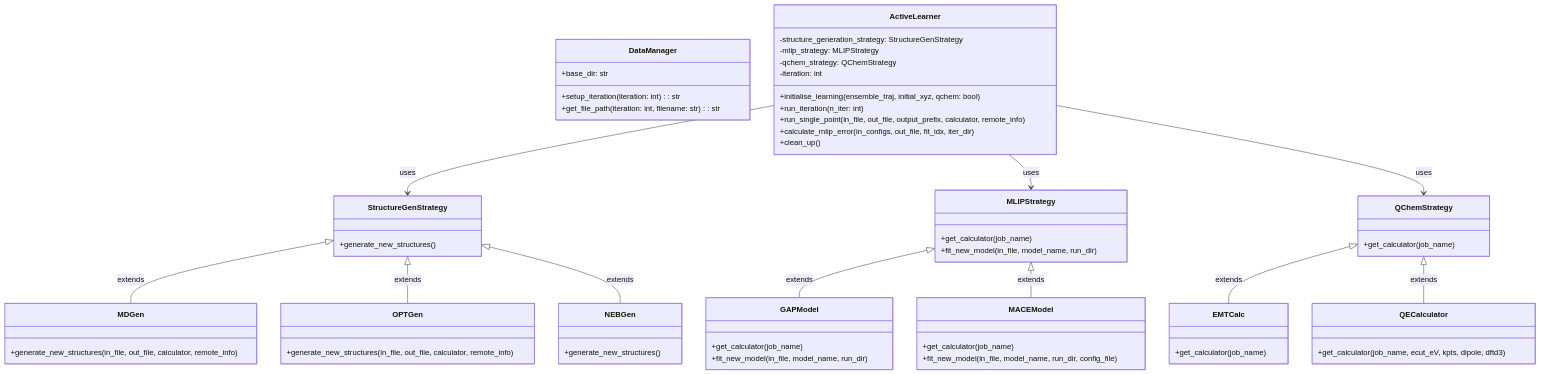
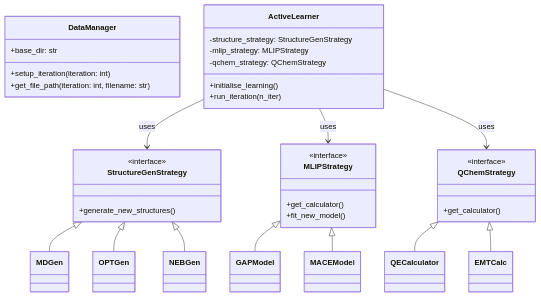
One commit to Vespertili0/mlipflow changed the diagram in README.md. Above: the diagram before and after it, drawn with Mermaid. The commit also changed other lines of this file and 9 other files, not shown here.

````diff
--- a/README.md
+++ b/README.md
@@ -49,74 +76,46 @@
 ```mermaid
 classDiagram
     class DataManager {
         +base_dir: str
-        +setup_iteration(iteration: int): str
-        +get_file_path(iteration: int, filename: str): str
+        +setup_iteration(iteration: int)
+        +get_file_path(iteration: int, filename: str)
     }
 
     class ActiveLearner {
-        -structure_generation_strategy: StructureGenStrategy
+        -structure_strategy: StructureGenStrategy
         -mlip_strategy: MLIPStrategy
         -qchem_strategy: QChemStrategy
-        -iteration: int
-        +initialise_learning(ensemble_traj, initial_xyz, qchem: bool)
-        +run_iteration(n_iter: int)
-        +run_single_point(in_file, out_file, output_prefix, calculator, remote_info)
-        +calculate_mlip_error(in_configs, out_file, fit_idx, iter_dir)
-        +clean_up()
+        +initialise_learning()
+        +run_iteration(n_iter)
     }
 
     class StructureGenStrategy {
-        +generate_new_structures()
-    }
-
-    class MDGen {
-        +generate_new_structures(in_file, out_file, calculator, remote_info)
-    }
-
-    class OPTGen {
-        +generate_new_structures(in_file, out_file, calculator, remote_info)
-    }
-
-    class NEBGen {
+        <<interface>>
         +generate_new_structures()
     }
 
     class MLIPStrategy {
-        +get_calculator(job_name)
-        +fit_new_model(in_file, model_name, run_dir)
-    }
-
-    class GAPModel {
-        +get_calculator(job_name)
-        +fit_new_model(in_file, model_name, run_dir)
-    }
-
-    class MACEModel {
-        +get_calculator(job_name)
-        +fit_new_model(in_file, model_name, run_dir, config_file)
+        <<interface>>
+        +get_calculator()
+        +fit_new_model()
     }
 
     class QChemStrategy {
-        +get_calculator(job_name)
-    }
-
-    class EMTCalc {
-        +get_calculator(job_name)
-    }
-
-    class QECalculator {
-        +get_calculator(job_name, ecut_eV, kpts, dipole, dftd3)
+        <<interface>>
+        +get_calculator()
     }
 
     ActiveLearner --> StructureGenStrategy : uses
     ActiveLearner --> MLIPStrategy : uses
     ActiveLearner --> QChemStrategy : uses
-    StructureGenStrategy <|-- MDGen : extends
-    StructureGenStrategy <|-- OPTGen : extends
-    StructureGenStrategy <|-- NEBGen : extends
-    MLIPStrategy <|-- GAPModel : extends
-    MLIPStrategy <|-- MACEModel : extends
-    QChemStrategy <|-- EMTCalc : extends
-    QChemStrategy <|-- QECalculator : extends
+    
+    StructureGenStrategy <|-- MDGen
+    StructureGenStrategy <|-- OPTGen
+    StructureGenStrategy <|-- NEBGen
+    
+    MLIPStrategy <|-- GAPModel
+    MLIPStrategy <|-- MACEModel
+    
+    QChemStrategy <|-- QECalculator
+    QChemStrategy <|-- EMTCalc
 ```
````
